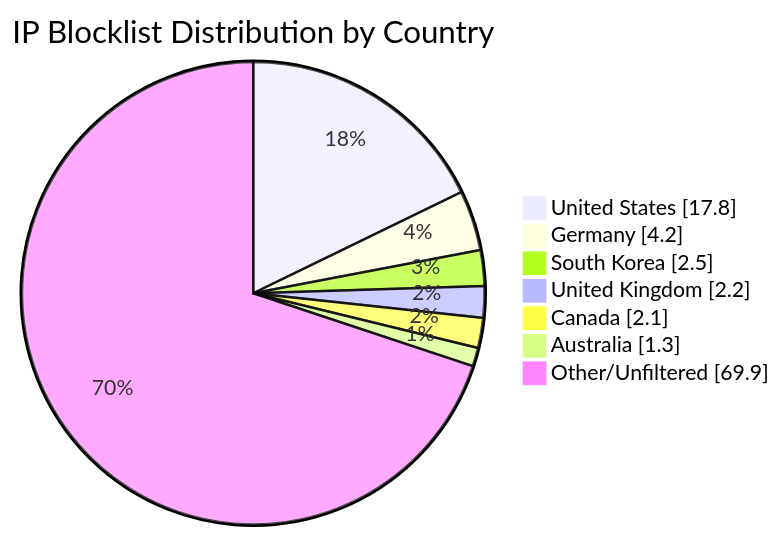
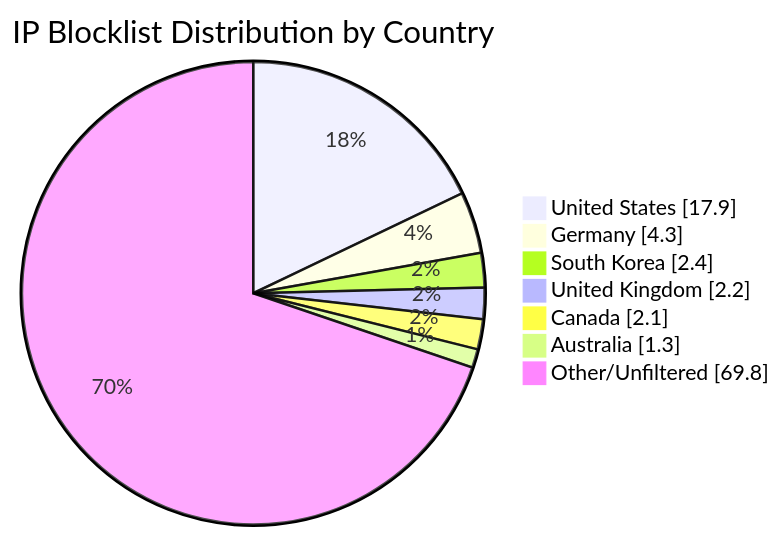
The diagram in README.md (MarcusHoltz/ipblocklist-geofiltered-aggregator), drawn with Mermaid before and after one commit. The commit also changed other lines of this file and 9 other files, not shown here.

````diff
--- a/README.md
+++ b/README.md
@@ -34,10 +34,10 @@
 ```mermaid
 pie showData title IP Blocklist Distribution by Country
-"United States" : 17.8
-"Germany" : 4.2
-"South Korea" : 2.5
+"United States" : 17.9
+"Germany" : 4.3
+"South Korea" : 2.4
 "United Kingdom" : 2.2
 "Canada" : 2.1
 "Australia" : 1.3
-"Other/Unfiltered" : 69.9
+"Other/Unfiltered" : 69.8
 ```
````
